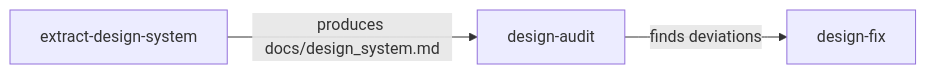
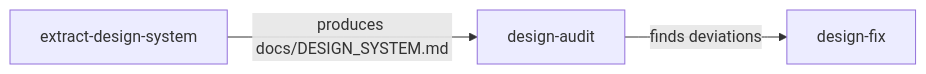
Before and after one commit to pnewsam/skills: the third of 7 diagrams in README.md, drawn with Mermaid. The commit also changed other lines of this file and 4 other files, not shown here.

````diff
--- a/README.md
+++ b/README.md
@@ -56,5 +56,5 @@
 ```mermaid
 flowchart LR
-    EDS[extract-design-system] -->|produces docs/design_system.md| DA[design-audit]
+    EDS[extract-design-system] -->|produces docs/DESIGN_SYSTEM.md| DA[design-audit]
     DA -->|finds deviations| DF[design-fix]
 ```
````
